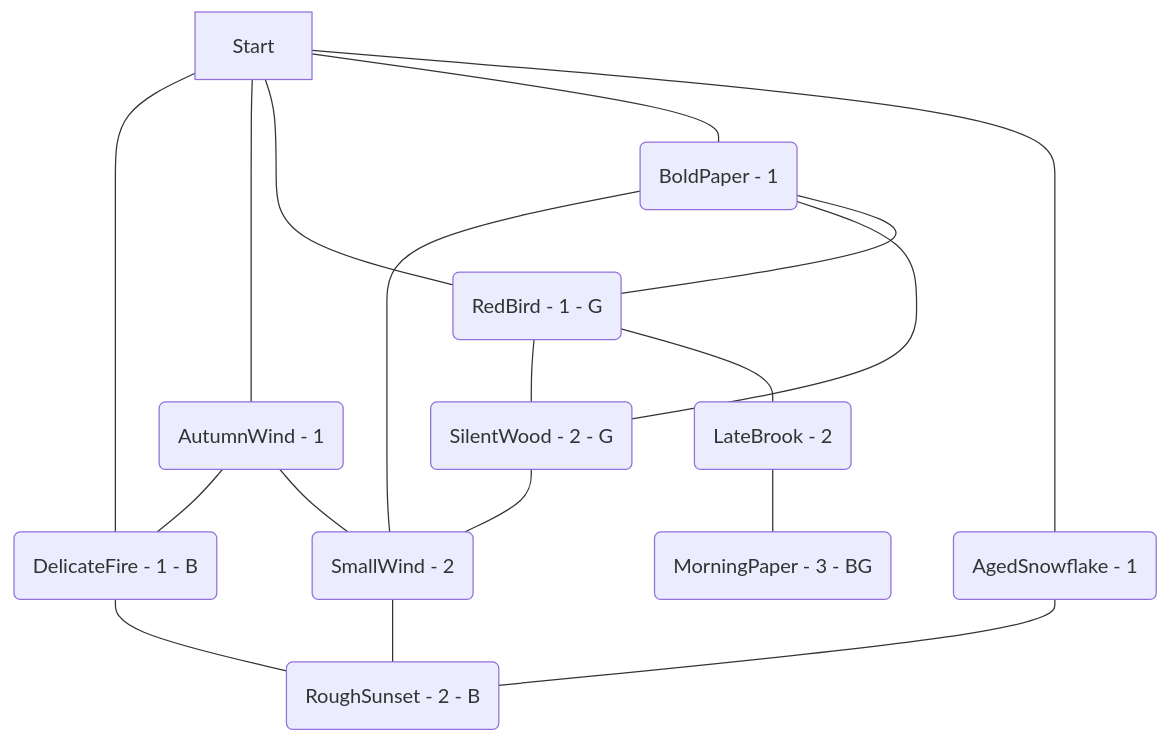
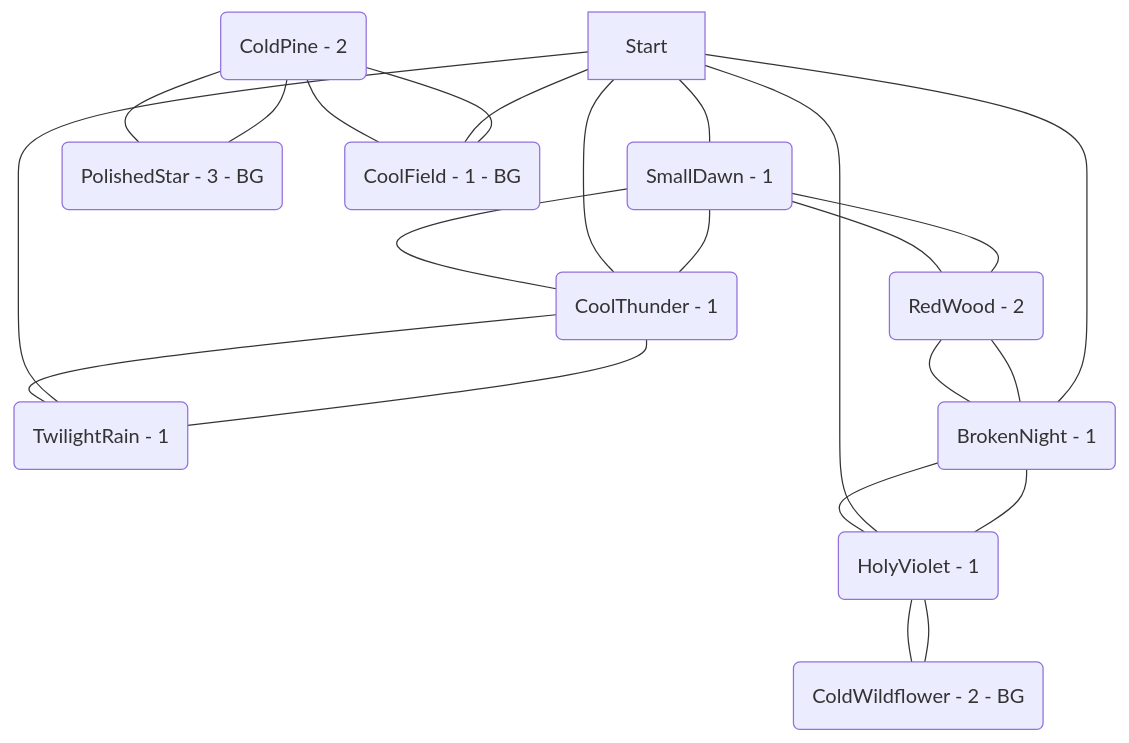
One commit to kinostl/Automatic-Liberation-Map changed the diagram in examples/006.md. Above: the diagram before and after it, drawn with Mermaid. The commit also changed other lines of this file and 10 other files, not shown here.

````diff
--- a/examples/006.md
+++ b/examples/006.md
@@ -4,20 +4,25 @@
 ```mermaid  
 flowchart TD  
-	LdfBmqHc(SmallWind - 2) --- ZcnMwXEk(RoughSunset - 2 - B)  
-	Start --- rxDkPwMf(DelicateFire - 1 - B)  
-	KVoSEAQB(AutumnWind - 1) --- rxDkPwMf(DelicateFire - 1 - B)  
-	tiRTwZBA(BoldPaper - 1) --- LdfBmqHc(SmallWind - 2)  
-	Start --- KVoSEAQB(AutumnWind - 1)  
-	tiRTwZBA(BoldPaper - 1) --- WTDBZJVX(SilentWood - 2 - G)  
-	Start --- GMaeTilI(RedBird - 1 - G)  
-	WTDBZJVX(SilentWood - 2 - G) --- LdfBmqHc(SmallWind - 2)  
-	KVoSEAQB(AutumnWind - 1) --- LdfBmqHc(SmallWind - 2)  
-	tiRTwZBA(BoldPaper - 1) --- GMaeTilI(RedBird - 1 - G)  
-	Start --- tiRTwZBA(BoldPaper - 1)  
-	mEkHZLWU(LateBrook - 2) --- iSqZxTop(MorningPaper - 3 - BG)  
-	Start --- jQltmfDV(AgedSnowflake - 1)  
-	rxDkPwMf(DelicateFire - 1 - B) --- ZcnMwXEk(RoughSunset - 2 - B)  
-	GMaeTilI(RedBird - 1 - G) --- WTDBZJVX(SilentWood - 2 - G)  
-	jQltmfDV(AgedSnowflake - 1) --- ZcnMwXEk(RoughSunset - 2 - B)  
-	GMaeTilI(RedBird - 1 - G) --- mEkHZLWU(LateBrook - 2)  
+	hLPEgtCY(SmallDawn - 1) --- LpxBFqHv(CoolThunder - 1)  
+	LpxBFqHv(CoolThunder - 1) --- ZhDcNEOW(TwilightRain - 1)  
+	gkfVosxM(ColdPine - 2) --- rzLQCsNa(PolishedStar - 3 - BG)  
+	Start --- LpxBFqHv(CoolThunder - 1)  
+	AGWdbUhM(HolyViolet - 1) --- zKCFufDy(BrokenNight - 1)  
+	gkfVosxM(ColdPine - 2) --- IsHfxgeG(CoolField - 1 - BG)  
+	zKCFufDy(BrokenNight - 1) --- AGWdbUhM(HolyViolet - 1)  
+	Start --- zKCFufDy(BrokenNight - 1)  
+	ZhDcNEOW(TwilightRain - 1) --- LpxBFqHv(CoolThunder - 1)  
+	rzLQCsNa(PolishedStar - 3 - BG) --- gkfVosxM(ColdPine - 2)  
+	NEizaFCh(ColdWildflower - 2 - BG) --- AGWdbUhM(HolyViolet - 1)  
+	hLPEgtCY(SmallDawn - 1) --- CDjGvyVg(RedWood - 2)  
+	Start --- AGWdbUhM(HolyViolet - 1)  
+	CDjGvyVg(RedWood - 2) --- hLPEgtCY(SmallDawn - 1)  
+	LpxBFqHv(CoolThunder - 1) --- hLPEgtCY(SmallDawn - 1)  
+	Start --- hLPEgtCY(SmallDawn - 1)  
+	Start --- IsHfxgeG(CoolField - 1 - BG)  
+	zKCFufDy(BrokenNight - 1) --- CDjGvyVg(RedWood - 2)  
+	CDjGvyVg(RedWood - 2) --- zKCFufDy(BrokenNight - 1)  
+	Start --- ZhDcNEOW(TwilightRain - 1)  
+	IsHfxgeG(CoolField - 1 - BG) --- gkfVosxM(ColdPine - 2)  
+	AGWdbUhM(HolyViolet - 1) --- NEizaFCh(ColdWildflower - 2 - BG)  
 ```  
````
